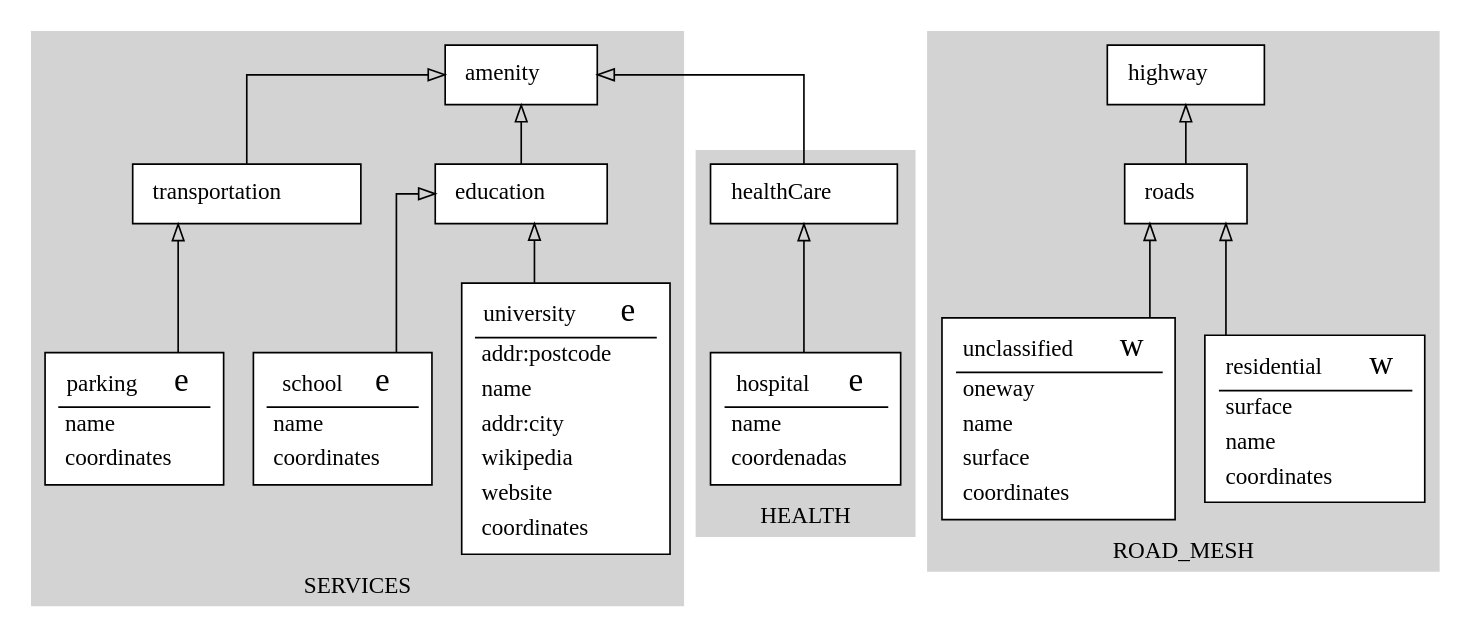
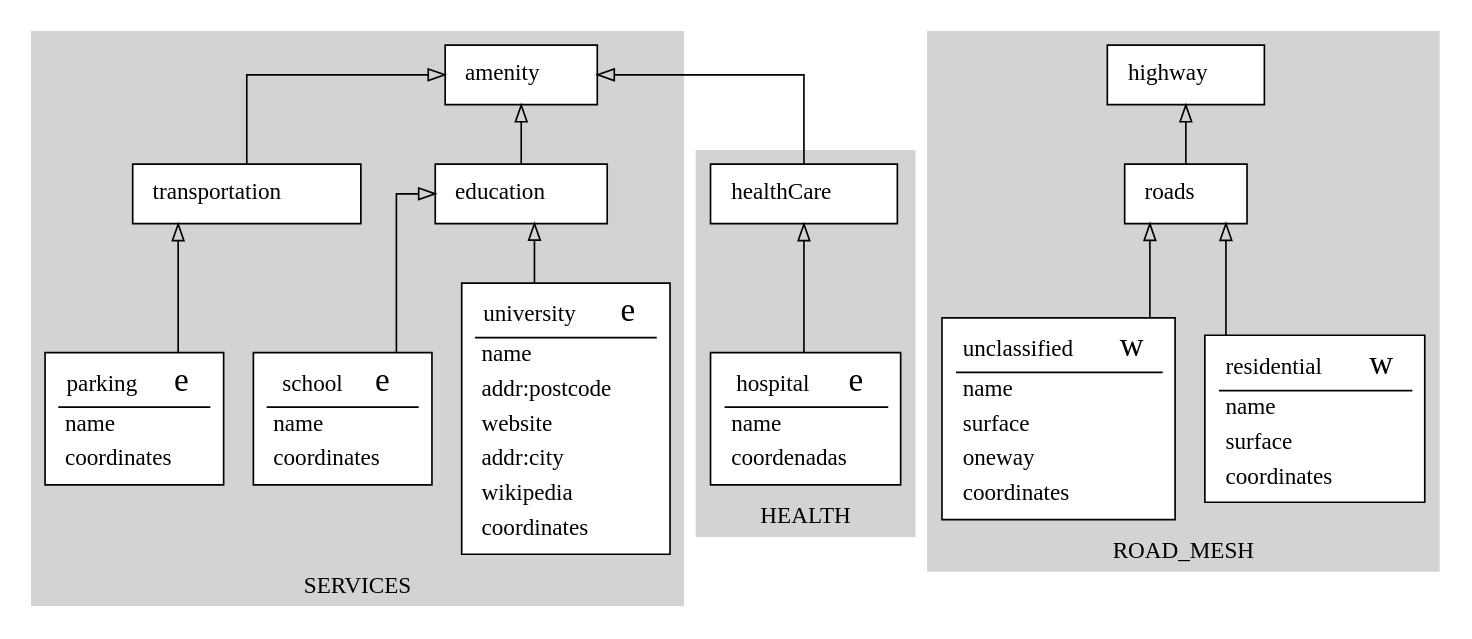
One commit to vinisperandio/OSM2Diagram_optmizated changed the diagram in schema.gv. Above: the diagram before and after it, drawn with Graphviz. The commit also changed other lines of this file and 5 other files, not shown here.

```diff
--- a/schema.gv
+++ b/schema.gv
@@ -1,171 +1,171 @@
 digraph structs { 
 	node [shape=box]
 	subgraph cluster_SERVICES {
 		node [color=black style=filled]
 		color=lightgrey style=filled
 		label=SERVICES
 		0[style = "filled, bold" penwidth = "1" fillcolor="white" label=<
 			<TABLE color="black" border="0">
 			 <TR>
 				<TD align="center"><font color="black">university</font>  
 				<font FACE="sigmoda" POINT-SIZE="20.0"> e</font></TD>
 			</TR>
 			<hr/>
 			<TR>
+				<TD align="left">name</TD>
+			 </TR>
+			<TR>
 				<TD align="left">addr:postcode</TD>
 			 </TR>
 			<TR>
-				<TD align="left">name</TD>
+				<TD align="left">website</TD>
 			 </TR>
 			<TR>
 				<TD align="left">addr:city</TD>
 			 </TR>
 			<TR>
 				<TD align="left">wikipedia</TD>
-			 </TR>
-			<TR>
-				<TD align="left">website</TD>
 			 </TR>
 			<TR>
 				<TD align="left">coordinates</TD>
 			 </TR>
 			</TABLE>>]
 		1[style = "filled, bold" penwidth = "1" fillcolor="white" label=<
 			<TABLE color="black" border="0">
 			 <TR>
 				<TD align="center"><font color="black">amenity</font>  </TD>
 			</TR>
 			</TABLE>>]
 		2[style = "filled, bold" penwidth = "1" fillcolor="white" label=<
 			<TABLE color="black" border="0">
 			 <TR>
 				<TD align="center"><font color="black">school</font>  
 				<font FACE="sigmoda" POINT-SIZE="20.0"> e</font></TD>
 			</TR>
 			<hr/>
 			<TR>
 				<TD align="left">name</TD>
 			 </TR>
 			<TR>
 				<TD align="left">coordinates</TD>
 			 </TR>
 			</TABLE>>]
 		3[style = "filled, bold" penwidth = "1" fillcolor="white" label=<
 			<TABLE color="black" border="0">
 			 <TR>
 				<TD align="center"><font color="black">parking</font>  
 				<font FACE="sigmoda" POINT-SIZE="20.0"> e</font></TD>
 			</TR>
 			<hr/>
 			<TR>
 				<TD align="left">name</TD>
 			 </TR>
 			<TR>
 				<TD align="left">coordinates</TD>
 			 </TR>
 			</TABLE>>]
 		4[style = "filled, bold" penwidth = "1" fillcolor="white" label=<
 			<TABLE color="black" border="0">
 			 <TR>
 				<TD align="center"><font color="black">education</font>  </TD>
 			</TR>
 			</TABLE>>]
 		5[style = "filled, bold" penwidth = "1" fillcolor="white" label=<
 			<TABLE color="black" border="0">
 			 <TR>
 				<TD align="center"><font color="black">transportation</font>  </TD>
 			</TR>
 			</TABLE>>]
 	}
 	subgraph cluster_HEALTH {
 		node [color=black style=filled]
 		color=lightgrey style=filled
 		label=HEALTH
 		6[style = "filled, bold" penwidth = "1" fillcolor="white" label=<
 			<TABLE color="black" border="0">
 			 <TR>
 				<TD align="center"><font color="black">hospital</font>  
 				<font FACE="sigmoda" POINT-SIZE="20.0"> e</font></TD>
 			</TR>
 			<hr/>
 			<TR>
 				<TD align="left">name</TD>
 			 </TR>
 			<TR>
 				<TD align="left">coordenadas</TD>
 			 </TR>
 			</TABLE>>]
 		7[style = "filled, bold" penwidth = "1" fillcolor="white" label=<
 			<TABLE color="black" border="0">
 			 <TR>
 				<TD align="center"><font color="black">healthCare</font>  </TD>
 			</TR>
 			</TABLE>>]
 	}
 	subgraph cluster_ROAD_MESH {
 		node [color=black style=filled]
 		color=lightgrey style=filled
 		label=ROAD_MESH
 		8[style = "filled, bold" penwidth = "1" fillcolor="white" label=<
 			<TABLE color="black" border="0">
 			 <TR>
 				<TD align="center"><font color="black">residential</font>  
 				<font FACE="sigmoda" POINT-SIZE="20.0"> w</font></TD>
 			</TR>
 			<hr/>
 			<TR>
-				<TD align="left">surface</TD>
+				<TD align="left">name</TD>
 			 </TR>
 			<TR>
-				<TD align="left">name</TD>
+				<TD align="left">surface</TD>
 			 </TR>
 			<TR>
 				<TD align="left">coordinates</TD>
 			 </TR>
 			</TABLE>>]
 		9[style = "filled, bold" penwidth = "1" fillcolor="white" label=<
 			<TABLE color="black" border="0">
 			 <TR>
 				<TD align="center"><font color="black">highway</font>  </TD>
 			</TR>
 			</TABLE>>]
 		10[style = "filled, bold" penwidth = "1" fillcolor="white" label=<
 			<TABLE color="black" border="0">
 			 <TR>
 				<TD align="center"><font color="black">unclassified</font>  
 				<font FACE="sigmoda" POINT-SIZE="20.0"> w</font></TD>
 			</TR>
 			<hr/>
 			<TR>
-				<TD align="left">oneway</TD>
-			 </TR>
-			<TR>
 				<TD align="left">name</TD>
 			 </TR>
 			<TR>
 				<TD align="left">surface</TD>
+			 </TR>
+			<TR>
+				<TD align="left">oneway</TD>
 			 </TR>
 			<TR>
 				<TD align="left">coordinates</TD>
 			 </TR>
 			</TABLE>>]
 		11[style = "filled, bold" penwidth = "1" fillcolor="white" label=<
 			<TABLE color="black" border="0">
 			 <TR>
 				<TD align="center"><font color="black">roads</font>  </TD>
 			</TR>
 			</TABLE>>]
 	}
+		5 -> 1[arrowhead=onormal]
+		4 -> 1[arrowhead=onormal]
+		2 -> 4[arrowhead=onormal]
 		11 -> 9[arrowhead=onormal]
+		6 -> 7[arrowhead=onormal]
 		3 -> 5[arrowhead=onormal]
+		8 -> 11[arrowhead=onormal]
+		0 -> 4[arrowhead=onormal]
 		10 -> 11[arrowhead=onormal]
-		2 -> 4[arrowhead=onormal]
-		8 -> 11[arrowhead=onormal]
-		5 -> 1[arrowhead=onormal]
-		0 -> 4[arrowhead=onormal]
-		6 -> 7[arrowhead=onormal]
 		7 -> 1[arrowhead=onormal]
-		4 -> 1[arrowhead=onormal]
 	rankdir=BT
 	splines=ortho
 }
```
